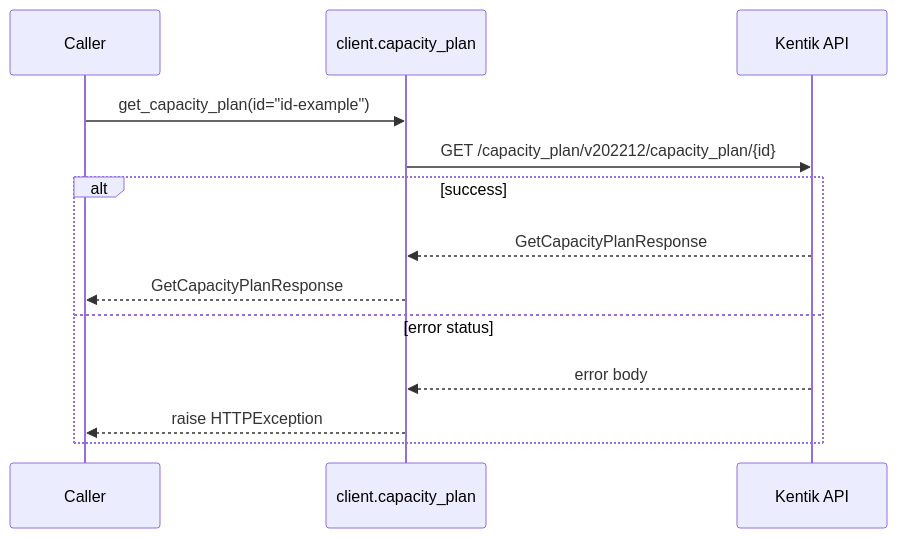
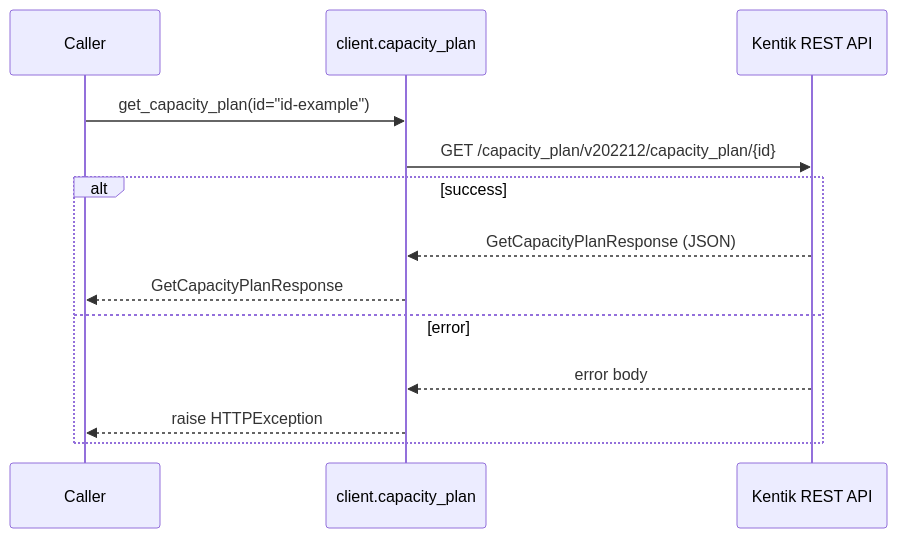
The sixth of 10 diagrams in docs/sphinx/services/capacity_plan.md (alexdearaujo/community_sdk_python), drawn with Mermaid before and after one commit. The commit also changed other lines of this file and 61 other files, not shown here.

````diff
--- a/docs/sphinx/services/capacity_plan.md
+++ b/docs/sphinx/services/capacity_plan.md
@@ -117,16 +169,16 @@
 ```mermaid
 sequenceDiagram
     participant C as Caller
     participant W as client.capacity_plan
-    participant API as Kentik API
+    participant API as Kentik REST API
 
     C->>W: get_capacity_plan(id="id-example")
     W->>API: GET /capacity_plan/v202212/capacity_plan/{id}
     alt success
-        API-->>W: GetCapacityPlanResponse
+        API-->>W: GetCapacityPlanResponse (JSON)
         W-->>C: GetCapacityPlanResponse
-    else error status
+    else error
         API-->>W: error body
         W-->>C: raise HTTPException
     end
 ```
````
